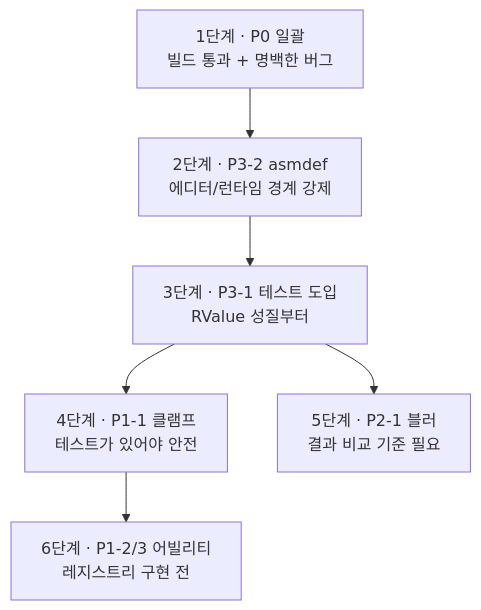
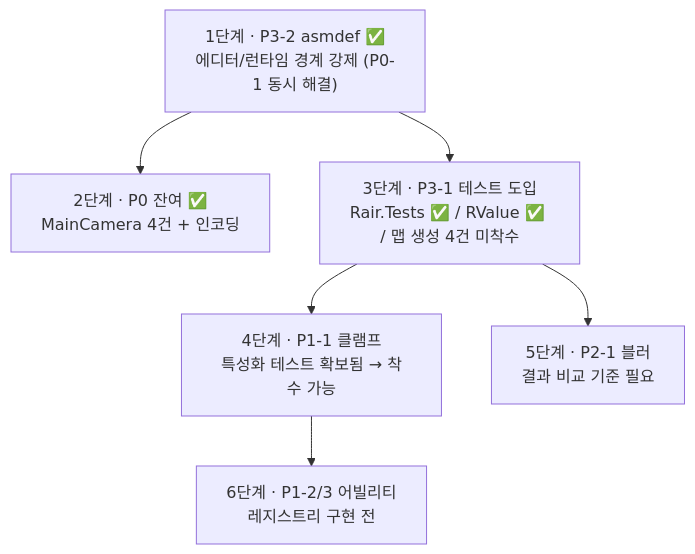
Before and after one commit to TcDRair/BuilderRPG: the diagram in docs/05-보완-필요-항목.md, drawn with Mermaid. The commit also changed other lines of this file and 60 other files, not shown here.

First line of the commit message:
asmdef 3분할 + P0 정리 + 테스트 도입 + 끊긴 참조 감사 도구

````diff
--- a/docs/05-보완-필요-항목.md
+++ b/docs/05-보완-필요-항목.md
@@ -354,8 +321,8 @@
 ```mermaid
 flowchart TD
-    A["1단계 · P0 일괄<br/>빌드 통과 + 명백한 버그"] --> B["2단계 · P3-2 asmdef<br/>에디터/런타임 경계 강제"]
-    B --> C["3단계 · P3-1 테스트 도입<br/>RValue 성질부터"]
-    C --> D["4단계 · P1-1 클램프<br/>테스트가 있어야 안전"]
+    A["1단계 · P3-2 asmdef ✅<br/>에디터/런타임 경계 강제 (P0-1 동시 해결)"] --> B["2단계 · P0 잔여 ✅<br/>MainCamera 4건 + 인코딩"]
+    A --> C["3단계 · P3-1 테스트 도입<br/>Rair.Tests ✅ / RValue ✅ / 맵 생성 4건 미착수"]
+    C --> D["4단계 · P1-1 클램프<br/>특성화 테스트 확보됨 → 착수 가능"]
     C --> E["5단계 · P2-1 블러<br/>결과 비교 기준 필요"]
     D --> F["6단계 · P1-2/3 어빌리티<br/>레지스트리 구현 전"]
 ```
````
